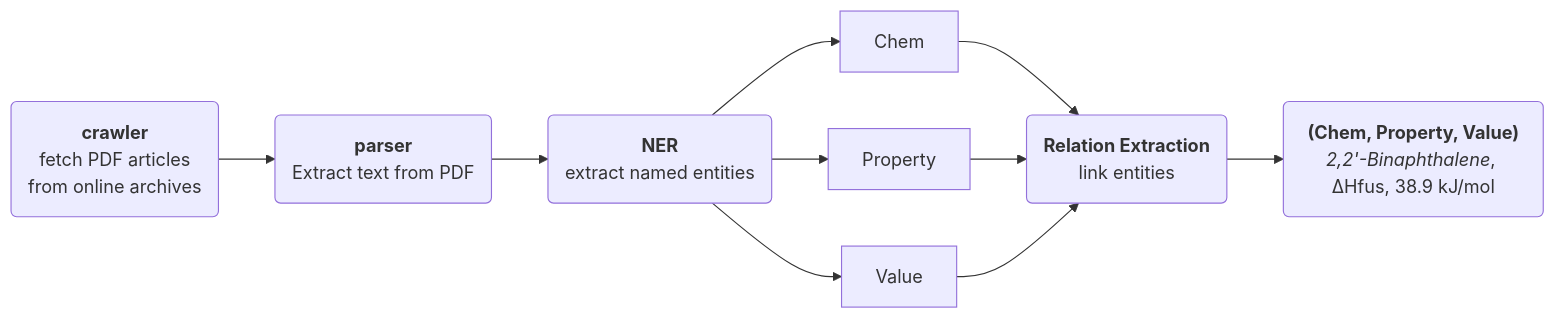
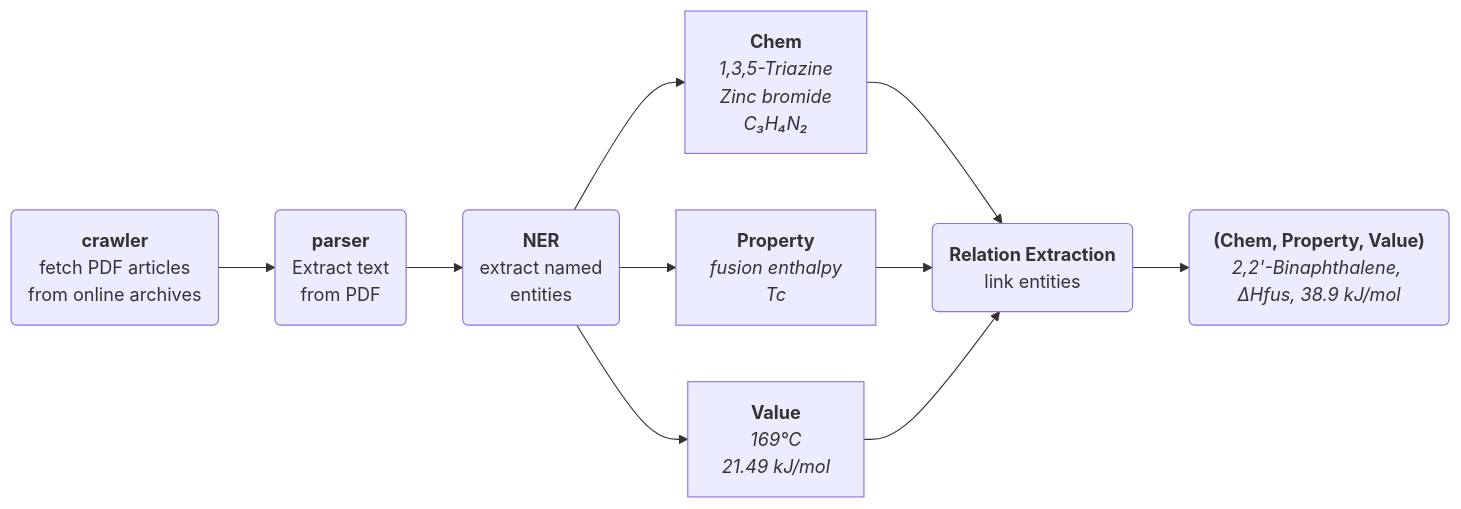
The diagram in README.md (jonasrenault/cprex), drawn with Mermaid before and after one commit. The commit also changed other lines of this file and 1 other file, not shown here.

````diff
--- a/README.md
+++ b/README.md
@@ -7,21 +10,29 @@
 ```mermaid
 flowchart LR
     crawler("`**crawler**
     fetch PDF articles
     from online archives`")
     parser("`**parser**
-    Extract text from PDF`")
+    Extract text
+    from PDF`")
     crawler --> parser
     parser --> ner
     ner("`**NER**
-    extract named entities`")
-    ner --> chem[Chem] --> rel
-    ner --> prop[Property] --> rel
-    ner --> quantity[Value] --> rel
+    extract named
+    entities`")
+    ner --> chem["`**Chem**
+    *1,3,5-Triazine*
+    *Zinc bromide*
+    *C₃H₄N₂*`"] --> rel
+    ner --> prop["`**Property**
+    *fusion enthalpy*
+    *Tc*`"] --> rel
+    ner --> quantity["`**Value**
+    *169°C*
+    *21.49 kJ/mol*`"] --> rel
     rel("`**Relation Extraction**
     link entities`")
     rel --> res
     res("`**(Chem, Property, Value)**
-    *2,2'-Binaphthalene*, ΔHfus, 38.9 kJ/mol`")
-
+    *2,2'-Binaphthalene, ΔHfus, 38.9 kJ/mol*`")
 ```
````
